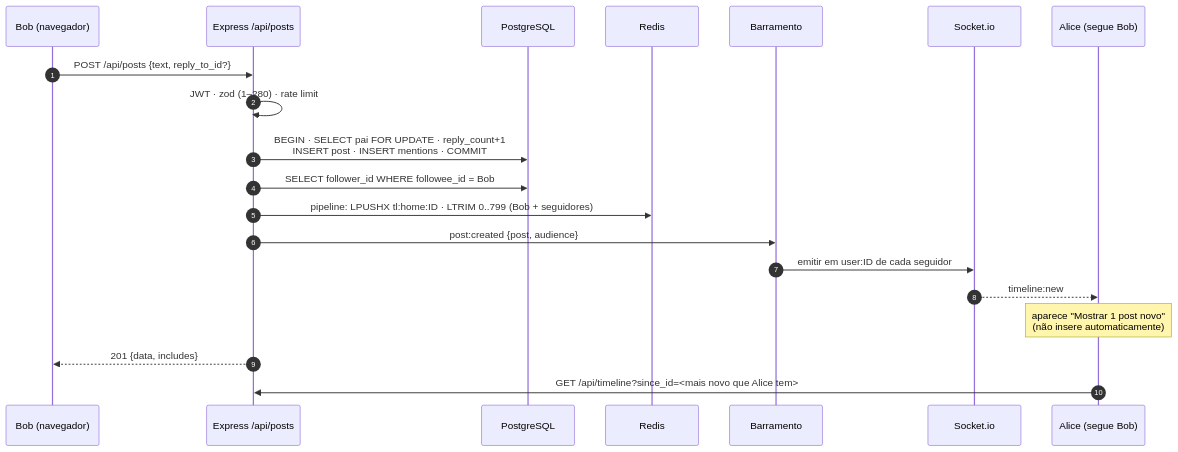
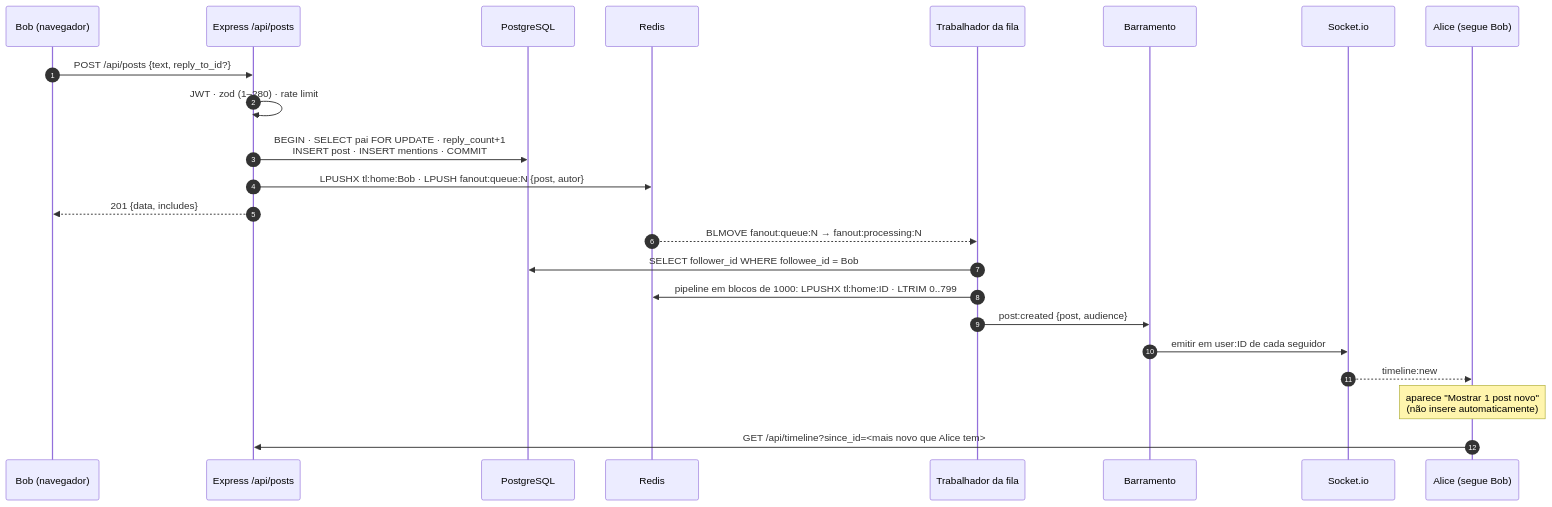
The third of 6 diagrams in docs/03-arquitetura.md (Spacecoa/NEWCOIN-BRASILPROJECT), drawn with Mermaid before and after one commit. The commit also changed other lines of this file and 31 other files, not shown here.

````diff
--- a/docs/03-arquitetura.md
+++ b/docs/03-arquitetura.md
@@ -153,23 +153,26 @@
 ```mermaid
 sequenceDiagram
   autonumber
   participant B as Bob (navegador)
   participant API as Express /api/posts
   participant PG as PostgreSQL
   participant RD as Redis
+  participant W as Trabalhador da fila
   participant BUS as Barramento
   participant IO as Socket.io
   participant A as Alice (segue Bob)
 
   B->>API: POST /api/posts {text, reply_to_id?}
   API->>API: JWT · zod (1–280) · rate limit
   API->>PG: BEGIN · SELECT pai FOR UPDATE · reply_count+1<br/>INSERT post · INSERT mentions · COMMIT
-  API->>PG: SELECT follower_id WHERE followee_id = Bob
-  API->>RD: pipeline: LPUSHX tl:home:ID · LTRIM 0..799 (Bob + seguidores)
-  API->>BUS: post:created {post, audience}
+  API->>RD: LPUSHX tl:home:Bob · LPUSH fanout:queue:N {post, autor}
+  API-->>B: 201 {data, includes}
+  RD-->>W: BLMOVE fanout:queue:N → fanout:processing:N
+  W->>PG: SELECT follower_id WHERE followee_id = Bob
+  W->>RD: pipeline em blocos de 1000: LPUSHX tl:home:ID · LTRIM 0..799
+  W->>BUS: post:created {post, audience}
   BUS->>IO: emitir em user:ID de cada seguidor
   IO-->>A: timeline:new
   Note over A: aparece "Mostrar 1 post novo"<br/>(não insere automaticamente)
-  API-->>B: 201 {data, includes}
   A->>API: GET /api/timeline?since_id=<mais novo que Alice tem>
 ```
````
